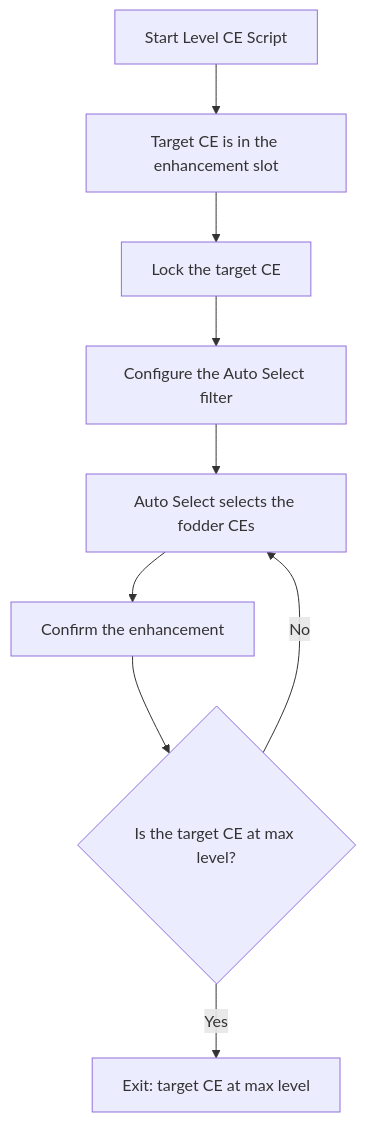
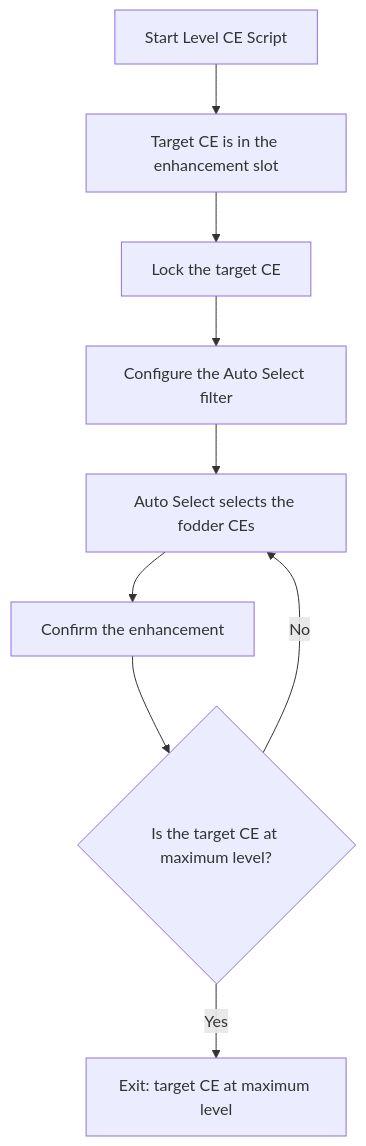
One commit to ArthurKun21/FGA-Preview-Build changed the diagram in docs/scripts/auto-level-ce.md. Above: the diagram before and after it, drawn with Mermaid. The commit also changed other lines of this file and 9 other files, not shown here.

````diff
--- a/docs/scripts/auto-level-ce.md
+++ b/docs/scripts/auto-level-ce.md
@@ -38,11 +40,11 @@
 ```mermaid
 flowchart TD
     A[Start Level CE Script] --> B[Target CE is in the enhancement slot]
     B --> C[Lock the target CE]
     C --> D[Configure the Auto Select filter]
     D --> E[Auto Select selects the fodder CEs]
     E --> F[Confirm the enhancement]
-    F --> G{Is the target CE at max level?}
+    F --> G{Is the target CE at maximum level?}
     G -->|No| E
-    G -->|Yes| H[Exit: target CE at max level]
+    G -->|Yes| H[Exit: target CE at maximum level]
 ```
````
